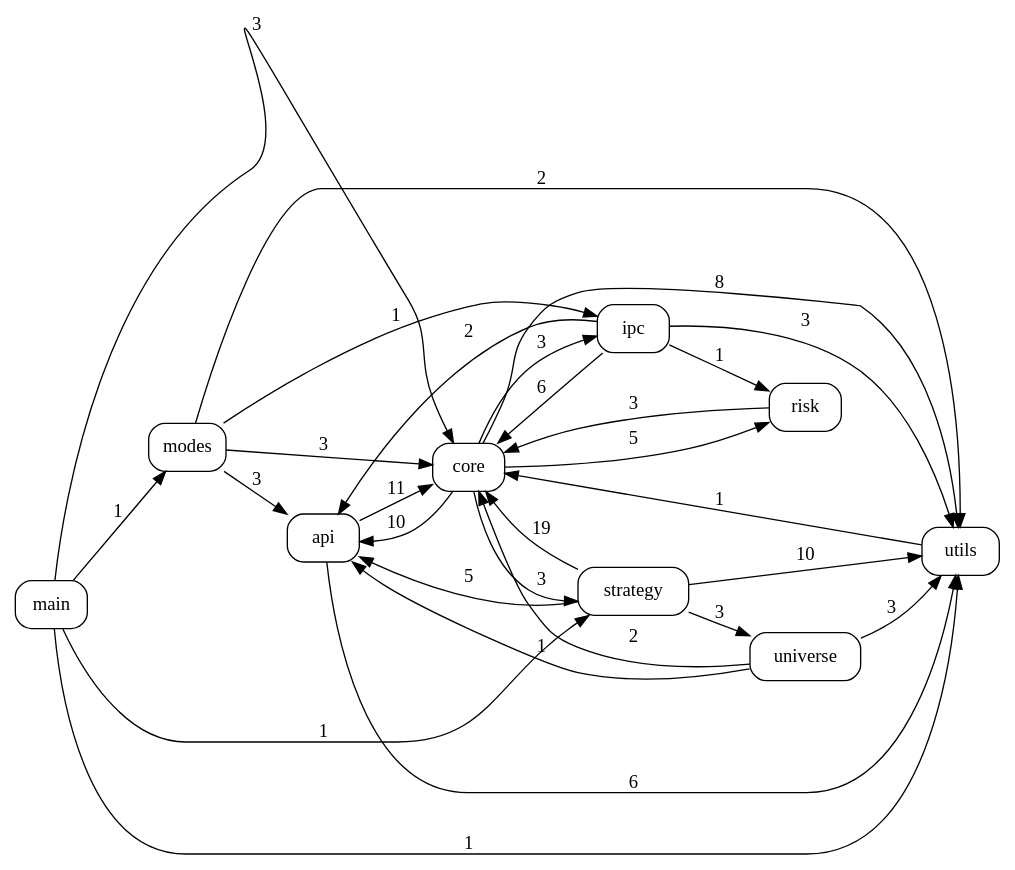
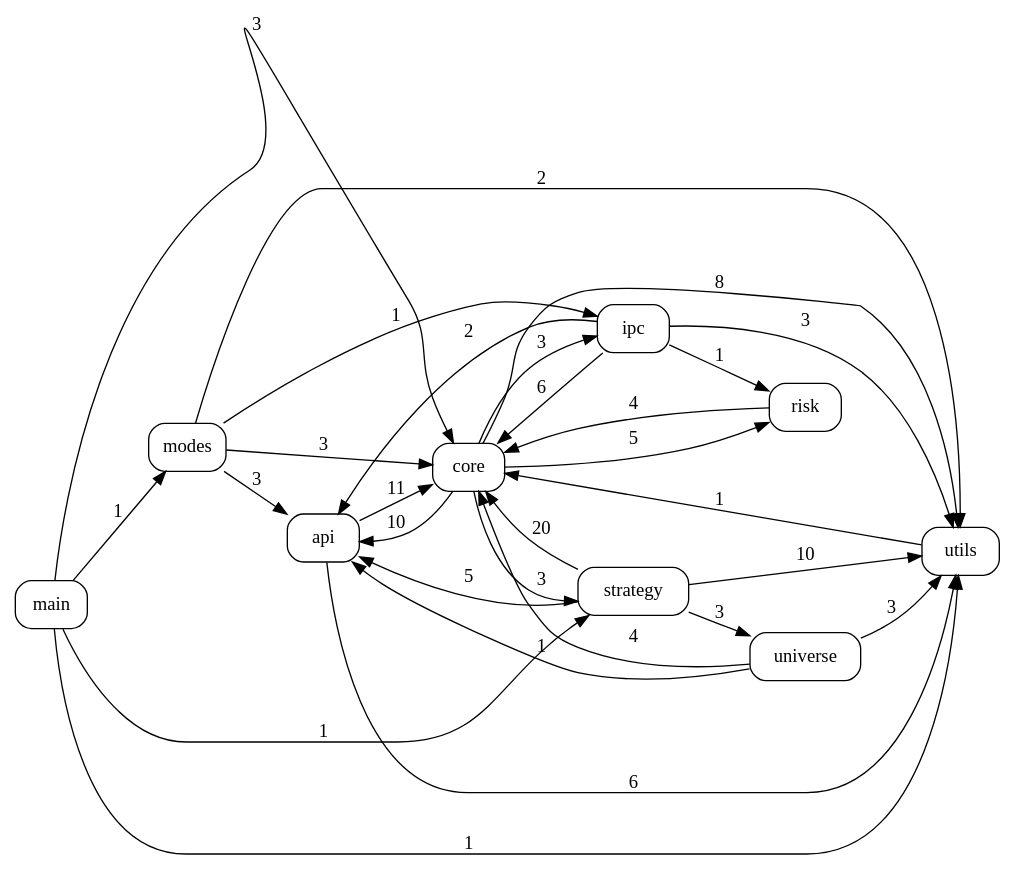
One commit to pypy8171/Quant changed the diagram in docs/code_graph.dot. Above: the diagram before and after it, drawn with Graphviz. The commit also changed 45 other files, not shown here.

```diff
--- a/docs/code_graph.dot
+++ b/docs/code_graph.dot
@@ -1,41 +1,41 @@
 digraph code_graph {
   rankdir=LR;
   node [shape=box, style=rounded, fontname="Consolas"];
   "api";
   "core";
   "ipc";
   "main";
   "modes";
   "risk";
   "strategy";
   "universe";
   "utils";
   "api" -> "core" [label="11"];
   "api" -> "utils" [label="6"];
   "core" -> "api" [label="10"];
   "core" -> "ipc" [label="3"];
   "core" -> "risk" [label="5"];
   "core" -> "strategy" [label="3"];
   "core" -> "utils" [label="8"];
   "ipc" -> "api" [label="2"];
   "ipc" -> "core" [label="6"];
   "ipc" -> "risk" [label="1"];
   "ipc" -> "utils" [label="3"];
   "main" -> "core" [label="3"];
   "main" -> "modes" [label="1"];
   "main" -> "strategy" [label="1"];
   "main" -> "utils" [label="1"];
   "modes" -> "api" [label="3"];
   "modes" -> "core" [label="3"];
   "modes" -> "ipc" [label="1"];
   "modes" -> "utils" [label="2"];
-  "risk" -> "core" [label="3"];
+  "risk" -> "core" [label="4"];
   "strategy" -> "api" [label="5"];
-  "strategy" -> "core" [label="19"];
+  "strategy" -> "core" [label="20"];
   "strategy" -> "universe" [label="3"];
   "strategy" -> "utils" [label="10"];
   "universe" -> "api" [label="1"];
-  "universe" -> "core" [label="2"];
+  "universe" -> "core" [label="4"];
   "universe" -> "utils" [label="3"];
   "utils" -> "core" [label="1"];
 }
```
